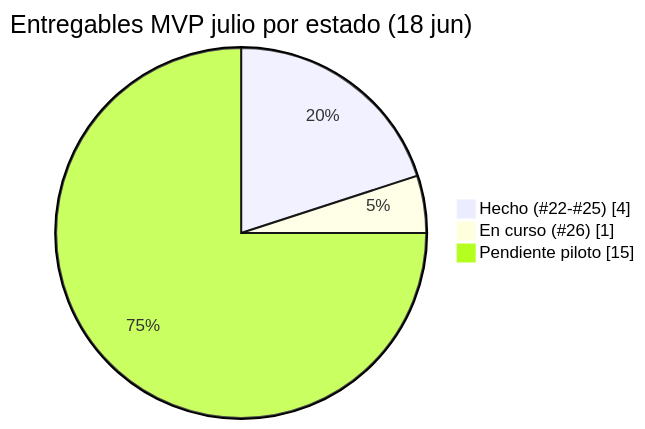
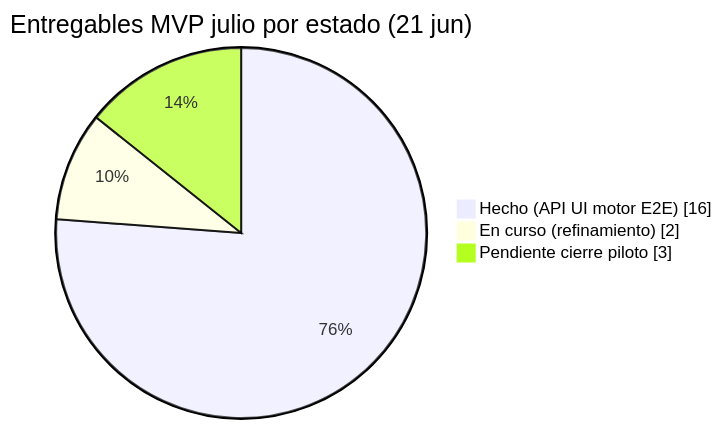
Before and after one commit to quintasc/taulamic: the third of 3 diagrams in docs/agile/roadmap-mvp-julio.md, drawn with Mermaid. The commit also changed other lines of this file, not shown here.

Commit message:
docs(agile): actualizar Gantt MVP julio al estado 21 jun 2026

````diff
--- a/docs/agile/roadmap-mvp-julio.md
+++ b/docs/agile/roadmap-mvp-julio.md
@@ -114,7 +121,7 @@
 ```mermaid
 pie showData
-    title Entregables MVP julio por estado (18 jun)
-    "Hecho (#22-#25)" : 4
-    "En curso (#26)" : 1
-    "Pendiente piloto" : 15
+    title Entregables MVP julio por estado (21 jun)
+    "Hecho (API UI motor E2E)" : 16
+    "En curso (refinamiento)" : 2
+    "Pendiente cierre piloto" : 3
 ```
````
